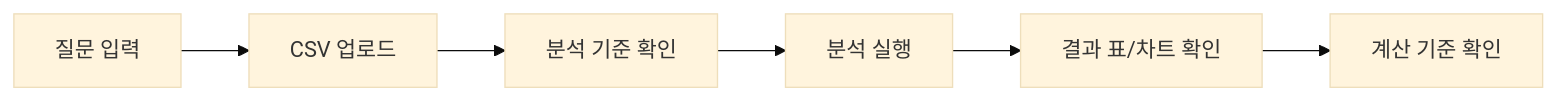
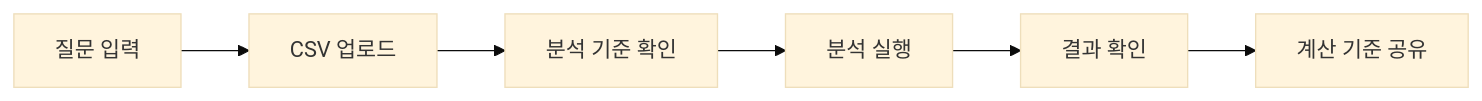
One commit to 26-ewha-capstone-logue/logue changed the fifth of 5 diagrams in docs/elevator_speech.md. Above: the diagram before and after it, drawn with Mermaid (base theme). The commit also changed other lines of this file, not shown here.

````diff
--- a/docs/elevator_speech.md
+++ b/docs/elevator_speech.md
@@ -206,8 +185,8 @@
 ```mermaid
 flowchart LR
     A[질문 입력] --> B[CSV 업로드]
     B --> C[분석 기준 확인]
     C --> D[분석 실행]
-    D --> E[결과 표/차트 확인]
-    E --> F[계산 기준 확인]
+    D --> E[결과 확인]
+    E --> F[계산 기준 공유]
 ```
````
